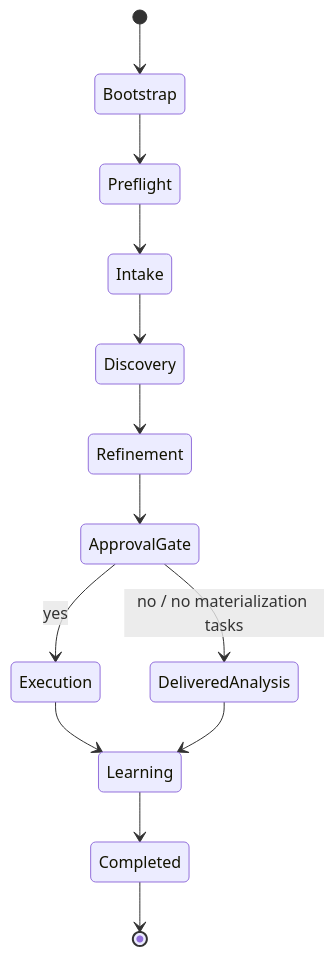
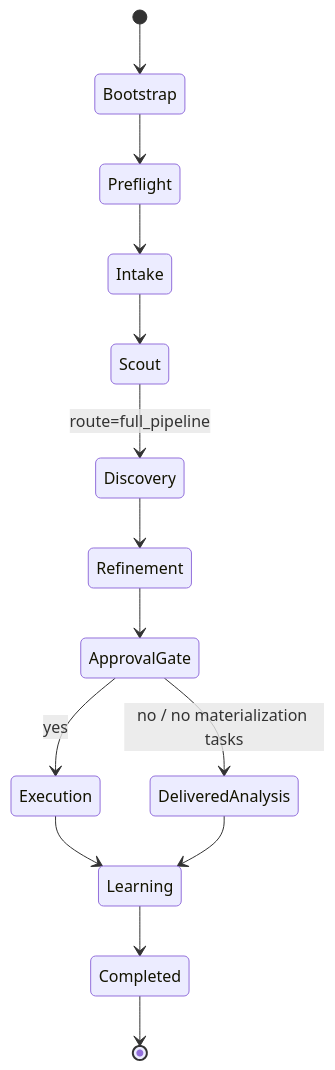
Before and after one commit to SergioLacerda/strategist-skill: the fifth of 5 diagrams in docs/c4-diagrams.md, drawn with Mermaid. The commit also changed other lines of this file and 26 other files, not shown here.

````diff
--- a/docs/c4-diagrams.md
+++ b/docs/c4-diagrams.md
@@ -189,15 +195,16 @@
 ```mermaid
 stateDiagram-v2
     [*] --> Bootstrap
     Bootstrap --> Preflight
     Preflight --> Intake
-    Intake --> Discovery
+    Intake --> Scout
+    Scout --> Discovery: route=full_pipeline
     Discovery --> Refinement
     Refinement --> ApprovalGate
     ApprovalGate --> DeliveredAnalysis: no / no materialization tasks
     ApprovalGate --> Execution: yes
     Execution --> Learning
     DeliveredAnalysis --> Learning
     Learning --> Completed
     Completed --> [*]
 ```
````
